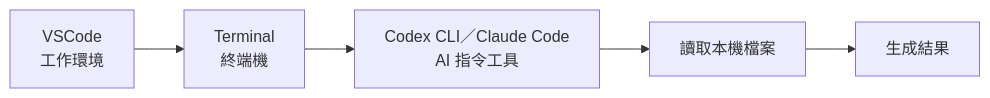
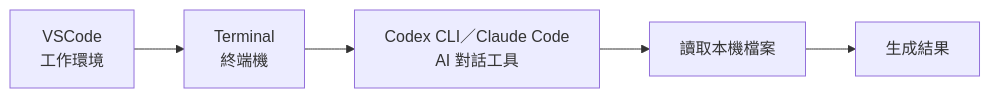
The first of 2 diagrams in AI_Agent_CLi/04_workspace.md (joelhoty/ocgit), drawn with Mermaid before and after one commit. The commit also changed other lines of this file and 59 other files, not shown here.

````diff
--- a/AI_Agent_CLi/04_workspace.md
+++ b/AI_Agent_CLi/04_workspace.md
@@ -87,7 +83,7 @@
 ```mermaid
 graph LR
     A[VSCode<br/>工作環境] --> B[Terminal<br/>終端機]
-    B --> C[Codex CLI／Claude Code<br/>AI 指令工具]
+    B --> C[Codex CLI／Claude Code<br/>AI 對話工具]
     C --> D[讀取本機檔案]
     D --> E[生成結果]
 ```
````
